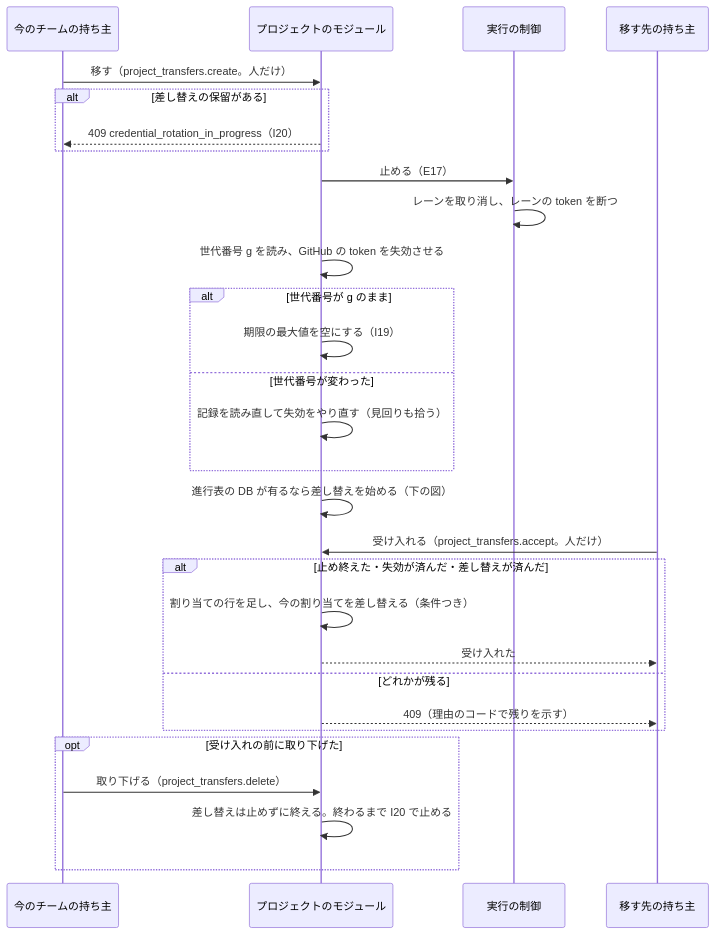
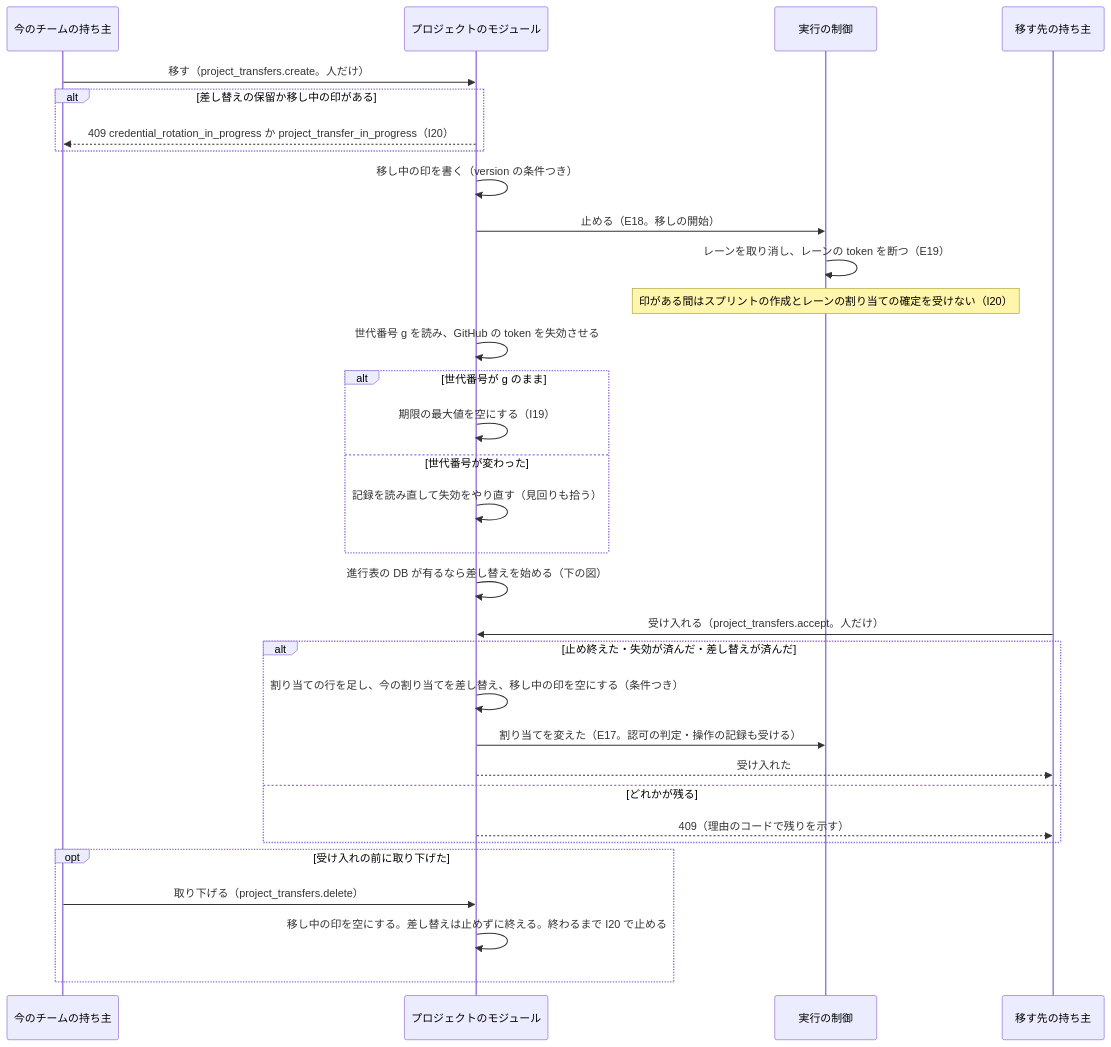
Before and after one commit to devbasex/nd-factory: the seventh of 10 diagrams in issues/issue-32-design.md, drawn with Mermaid. The commit also changed other lines of this file and 3 other files, not shown here.

````diff
--- a/issues/issue-32-design.md
+++ b/issues/issue-32-design.md
@@ -457,31 +485,34 @@
 ```mermaid
 sequenceDiagram
     participant O as 今のチームの持ち主
     participant P as プロジェクトのモジュール
     participant X as 実行の制御
     participant T as 移す先の持ち主
     O->>P: 移す（project_transfers.create。人だけ）
-    alt 差し替えの保留がある
-        P-->>O: 409 credential_rotation_in_progress（I20）
+    alt 差し替えの保留か移し中の印がある
+        P-->>O: 409 credential_rotation_in_progress か project_transfer_in_progress（I20）
     end
-    P->>X: 止める（E17）
-    X->>X: レーンを取り消し、レーンの token を断つ
+    P->>P: 移し中の印を書く（version の条件つき）
+    P->>X: 止める（E18。移しの開始）
+    X->>X: レーンを取り消し、レーンの token を断つ（E19）
+    Note over X: 印がある間はスプリントの作成とレーンの割り当ての確定を受けない（I20）
     P->>P: 世代番号 g を読み、GitHub の token を失効させる
     alt 世代番号が g のまま
         P->>P: 期限の最大値を空にする（I19）
     else 世代番号が変わった
         P->>P: 記録を読み直して失効をやり直す（見回りも拾う）
     end
     P->>P: 進行表の DB が有るなら差し替えを始める（下の図）
     T->>P: 受け入れる（project_transfers.accept。人だけ）
     alt 止め終えた・失効が済んだ・差し替えが済んだ
-        P->>P: 割り当ての行を足し、今の割り当てを差し替える（条件つき）
+        P->>P: 割り当ての行を足し、今の割り当てを差し替え、移し中の印を空にする（条件つき）
+        P->>X: 割り当てを変えた（E17。認可の判定・操作の記録も受ける）
         P-->>T: 受け入れた
     else どれかが残る
         P-->>T: 409（理由のコードで残りを示す）
     end
     opt 受け入れの前に取り下げた
         O->>P: 取り下げる（project_transfers.delete）
-        P->>P: 差し替えは止めずに終える。終わるまで I20 で止める
+        P->>P: 移し中の印を空にする。差し替えは止めずに終える。終わるまで I20 で止める
     end
 ```
````
